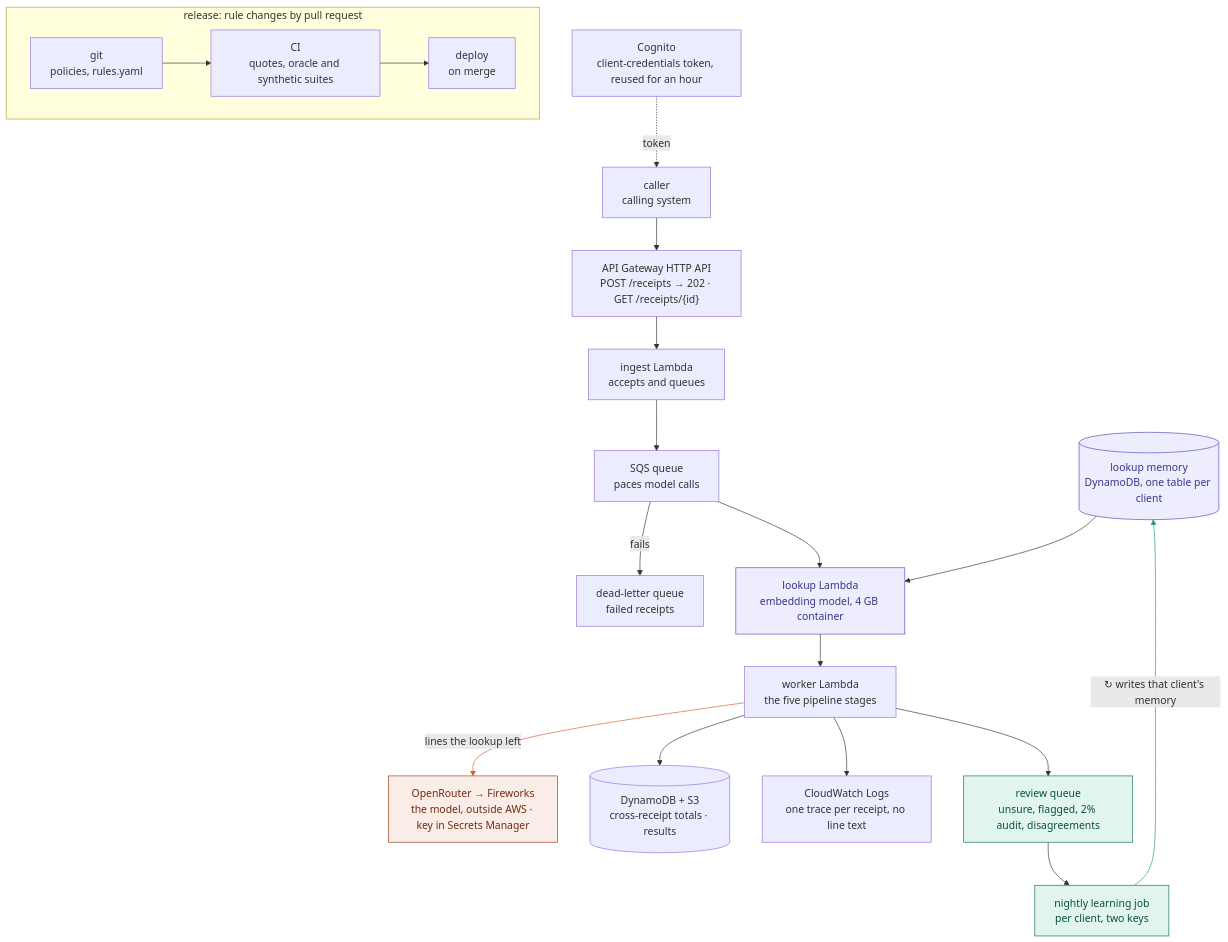
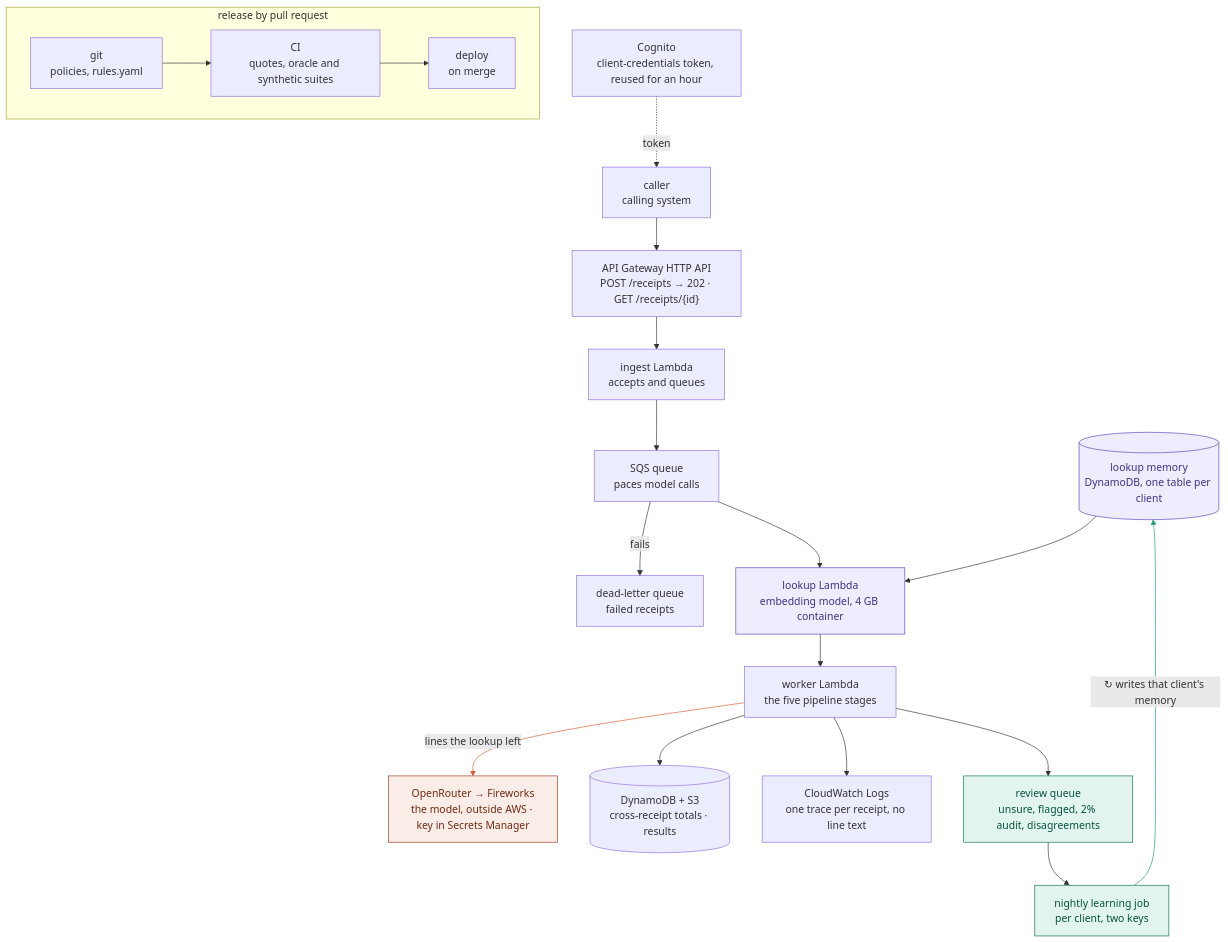
Before and after one commit to laasyaaprasad/expense-policy-validator: the diagram in docs/aws-design.md, drawn with Mermaid. The commit also changed other lines of this file and 3 other files, not shown here.

First line of the commit message:
Save both diagrams as PNGs and stop the AWS release title wrapping

````diff
--- a/docs/aws-design.md
+++ b/docs/aws-design.md
@@ -3,30 +3,30 @@
 ```mermaid
 flowchart TB
     MEM[("lookup memory<br/>DynamoDB, one table per client")]
     COG["Cognito<br/>client-credentials token, reused for an hour"] -. "token" .-> C["caller<br/>calling system"]
     C --> API["API Gateway HTTP API<br/>POST /receipts → 202 · GET /receipts/{id}"]
     API --> ING["ingest Lambda<br/>accepts and queues"]
     ING --> Q["SQS queue<br/>paces model calls"]
     Q -- "fails" --> DLQ["dead-letter queue<br/>failed receipts"]
     Q --> LK["lookup Lambda<br/>embedding model, 4 GB container"]
     MEM --> LK
     LK --> W["worker Lambda<br/>the five pipeline stages"]
     W -- "lines the lookup left" --> OR["OpenRouter → Fireworks<br/>the model, outside AWS · key in Secrets Manager"]
     W --> ST[("DynamoDB + S3<br/>cross-receipt totals · results")]
     W --> LOG["CloudWatch Logs<br/>one trace per receipt, no line text"]
     W --> RQ["review queue<br/>unsure, flagged, 2% audit, disagreements"]
     RQ --> LJ["nightly learning job<br/>per client, two keys"]
     LJ -- "↻ writes that client's memory" --> MEM
-    subgraph release["release: rule changes by pull request"]
+    subgraph release["release by pull request"]
         direction LR
         GIT["git<br/>policies, rules.yaml"] --> CI["CI<br/>quotes, oracle and synthetic suites"] --> DEP["deploy<br/>on merge"]
     end
     classDef ai fill:#FAECE7,stroke:#993C1D,color:#712B13
     classDef lookup fill:#EEEDFE,stroke:#534AB7,color:#3C3489
     classDef people fill:#E1F5EE,stroke:#0F6E56,color:#085041
     class OR ai
     class LK,MEM lookup
     class RQ,LJ people
     linkStyle 8 stroke:#D85A30
     linkStyle 13 stroke:#1D9E75
 ```
````
